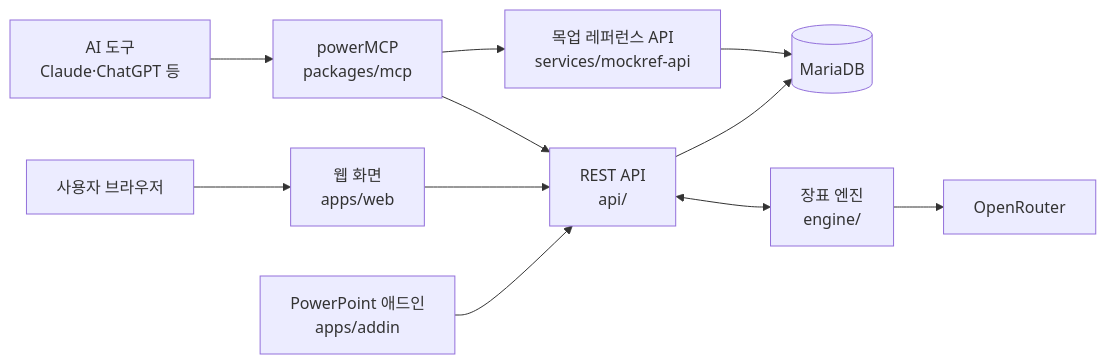
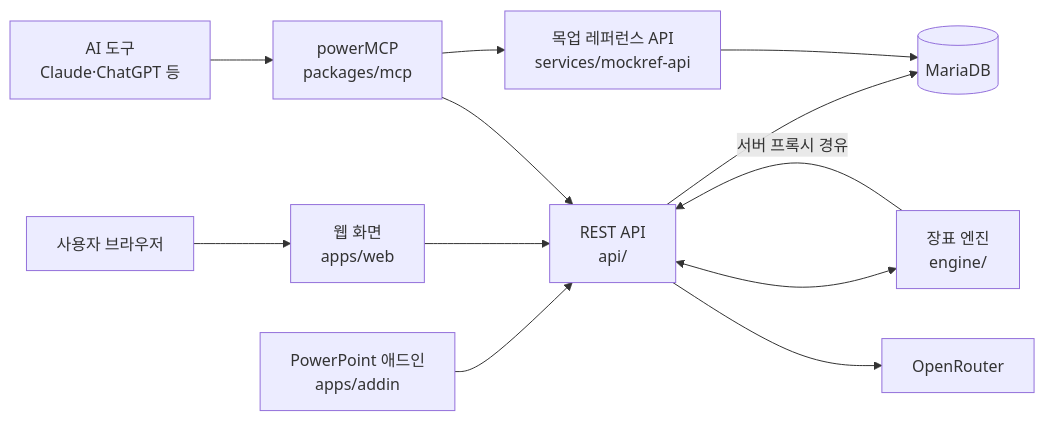
Before and after one commit to homebox78/powerplus-platform-public: the third of 3 diagrams in README.md, drawn with Mermaid. The commit also changed other lines of this file and 11 other files, not shown here.

````diff
--- a/README.md
+++ b/README.md
@@ -112,13 +323,14 @@
 ```mermaid
 flowchart LR
   U[사용자 브라우저] --> W[웹 화면<br/>apps/web]
   P[PowerPoint 애드인<br/>apps/addin] --> A
   AI[AI 도구<br/>Claude·ChatGPT 등] --> M[powerMCP<br/>packages/mcp]
   W --> A[REST API<br/>api/]
   M --> A
   M --> R[목업 레퍼런스 API<br/>services/mockref-api]
   A --> D[(MariaDB)]
   R --> D
   A <--> E[장표 엔진<br/>engine/]
-  E --> O[OpenRouter]
+  A --> O[OpenRouter]
+  E -->|서버 프록시 경유| A
 ```
````
